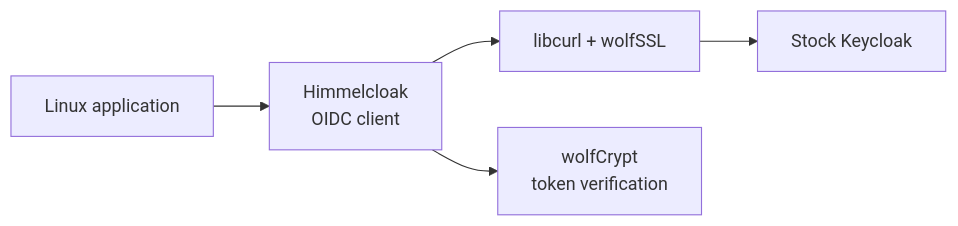
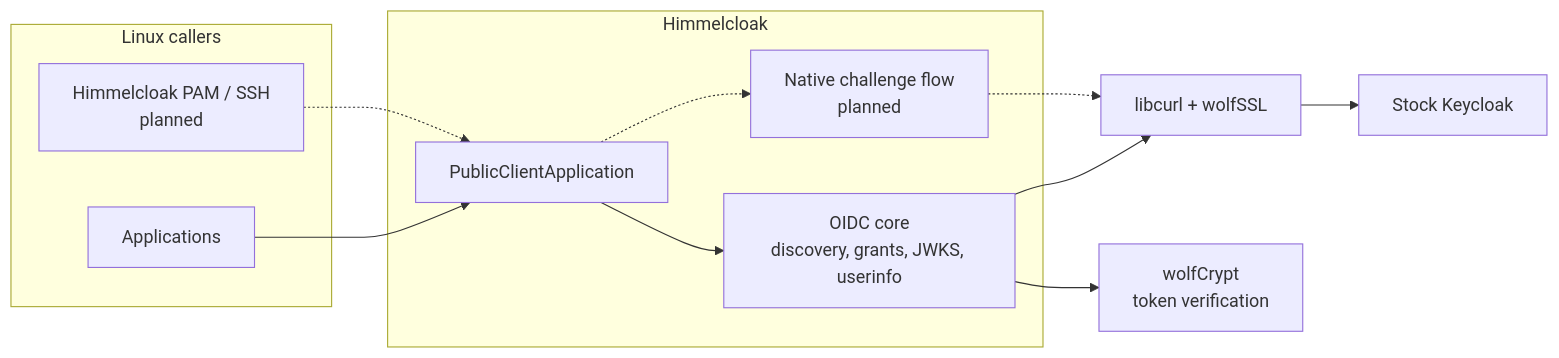
One commit to aidangarske/himmelcloak changed the diagram in README.md. Above: the diagram before and after it, drawn with Mermaid. The commit also changed 48 other files, not shown here.

````diff
--- a/README.md
+++ b/README.md
@@ -19,6 +19,21 @@
 ```mermaid
 flowchart LR
-    APP[Linux application] --> HC[Himmelcloak<br/>OIDC client]
-    HC --> HTTP[libcurl + wolfSSL] --> KC[Stock Keycloak]
-    HC --> CRYPTO[wolfCrypt<br/>token verification]
+    subgraph LINUX[Linux callers]
+        APP[Applications]
+        LOGIN[Himmelcloak PAM / SSH<br/>planned]
+    end
+
+    subgraph CORE[Himmelcloak]
+        API[PublicClientApplication]
+        OIDC[OIDC core<br/>discovery, grants, JWKS, userinfo]
+        FLOW[Native challenge flow<br/>planned]
+    end
+
+    APP --> API
+    LOGIN -.-> API
+    API --> OIDC
+    API -.-> FLOW
+    OIDC --> HTTP[libcurl + wolfSSL] --> KC[Stock Keycloak]
+    OIDC --> CRYPTO[wolfCrypt<br/>token verification]
+    FLOW -.-> HTTP
 ```
````
